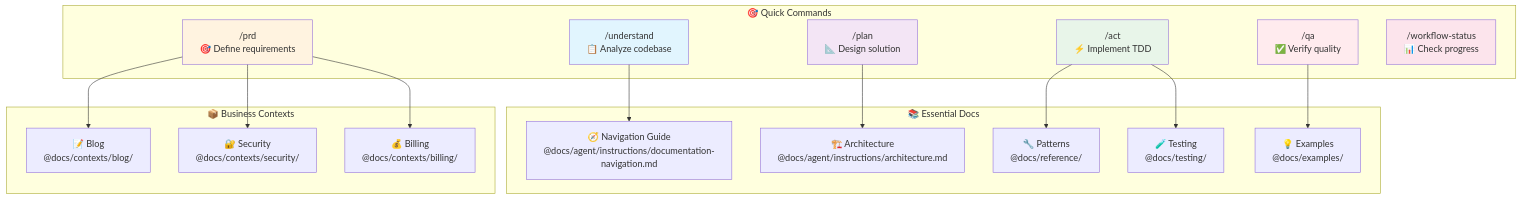
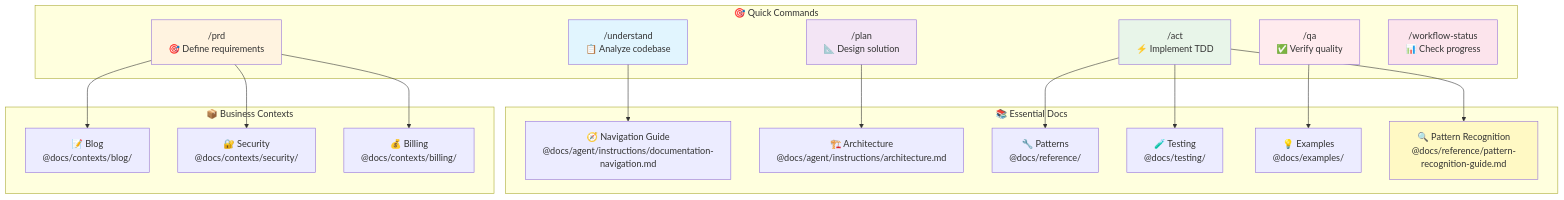
One commit to pocky/vibe-php changed the diagram in CLAUDE.md. Above: the diagram before and after it, drawn with Mermaid. The commit also changed 105 other files, not shown here.

````diff
--- a/CLAUDE.md
+++ b/CLAUDE.md
@@ -7,41 +7,44 @@
 ```mermaid
 graph TB
     subgraph "🎯 Quick Commands"
         QS1["/understand<br/>📋 Analyze codebase"]
         QS2["/prd<br/>🎯 Define requirements"]
         QS3["/plan<br/>📐 Design solution"]
         QS4["/act<br/>⚡ Implement TDD"]
         QS5["/qa<br/>✅ Verify quality"]
         QS6["/workflow-status<br/>📊 Check progress"]
     end
     
     subgraph "📚 Essential Docs"
         D1["🧭 Navigation Guide<br/>@docs/agent/instructions/documentation-navigation.md"]
         D2["🏗️ Architecture<br/>@docs/agent/instructions/architecture.md"]
         D3["🔧 Patterns<br/>@docs/reference/"]
         D4["🧪 Testing<br/>@docs/testing/"]
         D5["💡 Examples<br/>@docs/examples/"]
+        D6["🔍 Pattern Recognition<br/>@docs/reference/pattern-recognition-guide.md"]
     end
     
     subgraph "📦 Business Contexts"
         C1["📝 Blog<br/>@docs/contexts/blog/"]
         C2["🔐 Security<br/>@docs/contexts/security/"]
         C3["💰 Billing<br/>@docs/contexts/billing/"]
     end
     
     QS1 --> D1
     QS2 --> C1
     QS2 --> C2
     QS2 --> C3
     QS3 --> D2
+    QS4 --> D6
     QS4 --> D3
     QS4 --> D4
     QS5 --> D5
     
     style QS1 fill:#e1f5fe
     style QS2 fill:#fff3e0
     style QS3 fill:#f3e5f5
     style QS4 fill:#e8f5e9
     style QS5 fill:#ffebee
     style QS6 fill:#fce4ec
+    style D6 fill:#fff9c4
 ```
````
